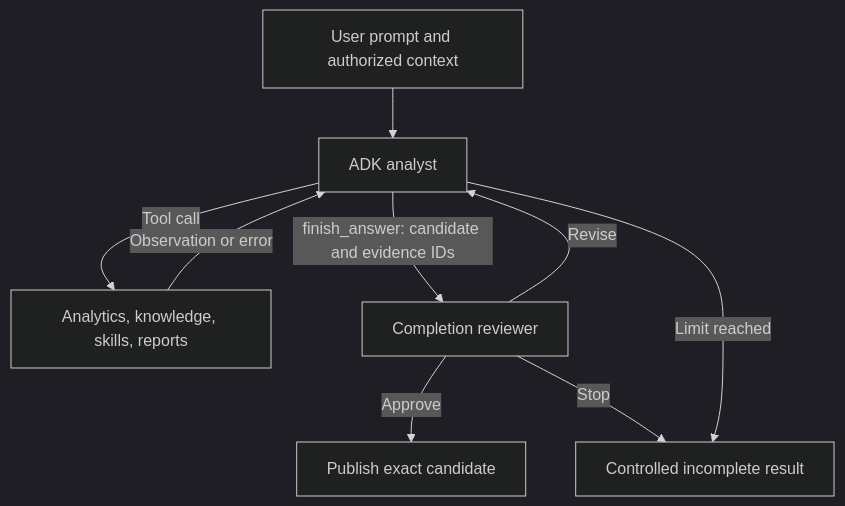
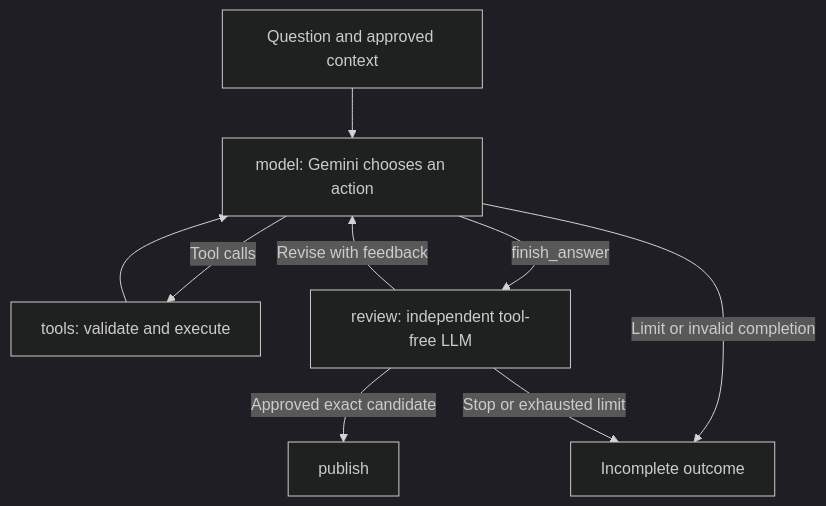
The diagram in docs/architecture.md (tymek100/opsfleet-task), drawn with Mermaid (dark theme) before and after one commit. The commit also changed other lines of this file and 178 other files, not shown here.

````diff
--- a/docs/architecture.md
+++ b/docs/architecture.md
@@ -60,11 +7,11 @@
 ```mermaid
 flowchart TD
-    U[User prompt and authorized context] --> A[ADK analyst]
-    A -->|Tool call| T[Analytics, knowledge, skills, reports]
-    T -->|Observation or error| A
-    A -->|finish_answer: candidate and evidence IDs| R[Completion reviewer]
-    R -->|Revise| A
-    R -->|Approve| F[Publish exact candidate]
-    R -->|Stop| X[Controlled incomplete result]
-    A -->|Limit reached| X
+    Start[Question and approved context] --> Model[model: Gemini chooses an action]
+    Model -->|Tool calls| Tools[tools: validate and execute]
+    Tools --> Model
+    Model -->|finish_answer| Review[review: independent tool-free LLM]
+    Review -->|Revise with feedback| Model
+    Review -->|Approved exact candidate| Publish[publish]
+    Model -->|Limit or invalid completion| Stop[Incomplete outcome]
+    Review -->|Stop or exhausted limit| Stop
 ```
````
